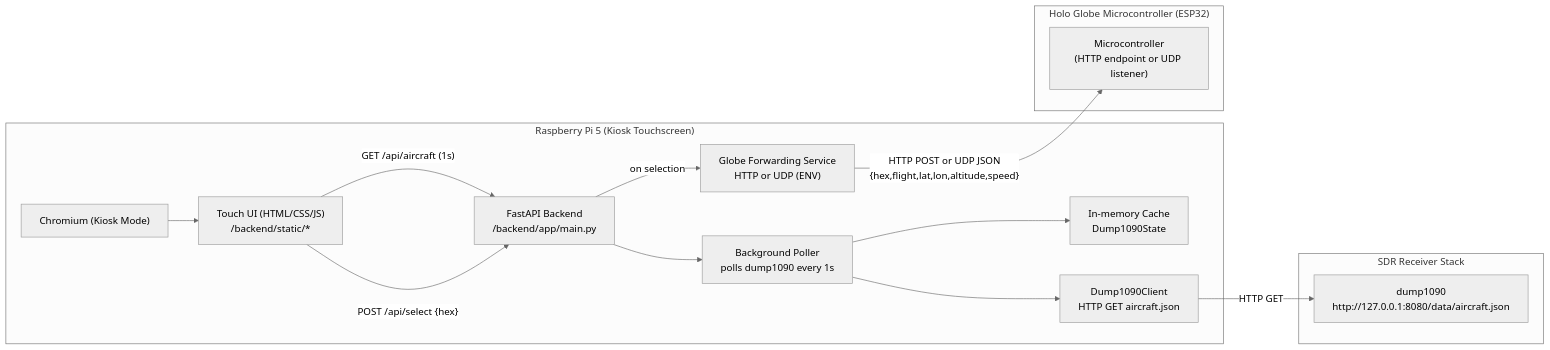
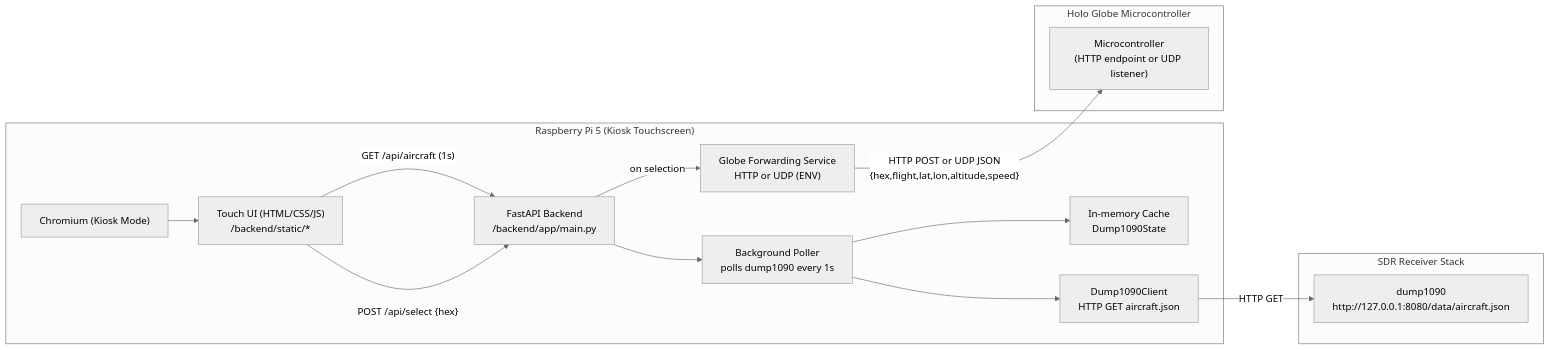
The diagram in architecture.md (EmbSyst/in-plane-sight), drawn with Mermaid (neutral theme) before and after one commit.

Commit message:
Deleted fixed microcontroller type

````diff
--- a/architecture.md
+++ b/architecture.md
@@ -1,33 +1,33 @@
 ```mermaid
 %% Application architecture (render with Mermaid / mermaid.js)
 flowchart LR
   subgraph RasPi["Raspberry Pi 5 (Kiosk Touchscreen)"]
     Browser["Chromium (Kiosk Mode)"]
     UI["Touch UI (HTML/CSS/JS)\n/backend/static/*"]
     API["FastAPI Backend\n/backend/app/main.py"]
     Poller["Background Poller\npolls dump1090 every 1s"]
     Cache["In-memory Cache\nDump1090State"]
     DumpClient["Dump1090Client\nHTTP GET aircraft.json"]
     GlobeSvc["Globe Forwarding Service\nHTTP or UDP (ENV)"]
   end
 
   subgraph SDR["SDR Receiver Stack"]
     Dump1090["dump1090\nhttp://127.0.0.1:8080/data/aircraft.json"]
   end
 
-  subgraph Globe["Holo Globe Microcontroller (ESP32)"]
+  subgraph Globe["Holo Globe Microcontroller"]
     MCU["Microcontroller\n(HTTP endpoint or UDP listener)"]
   end
 
   Browser --> UI
   UI -->|"GET /api/aircraft (1s)"| API
   UI -->|"POST /api/select {hex}"| API
 
   API --> Poller
   Poller --> Cache
   Poller --> DumpClient
   DumpClient -->|"HTTP GET"| Dump1090
 
   API -->|"on selection"| GlobeSvc
   GlobeSvc -->|"HTTP POST or UDP JSON\n{hex,flight,lat,lon,altitude,speed}"| MCU
 ```
````
